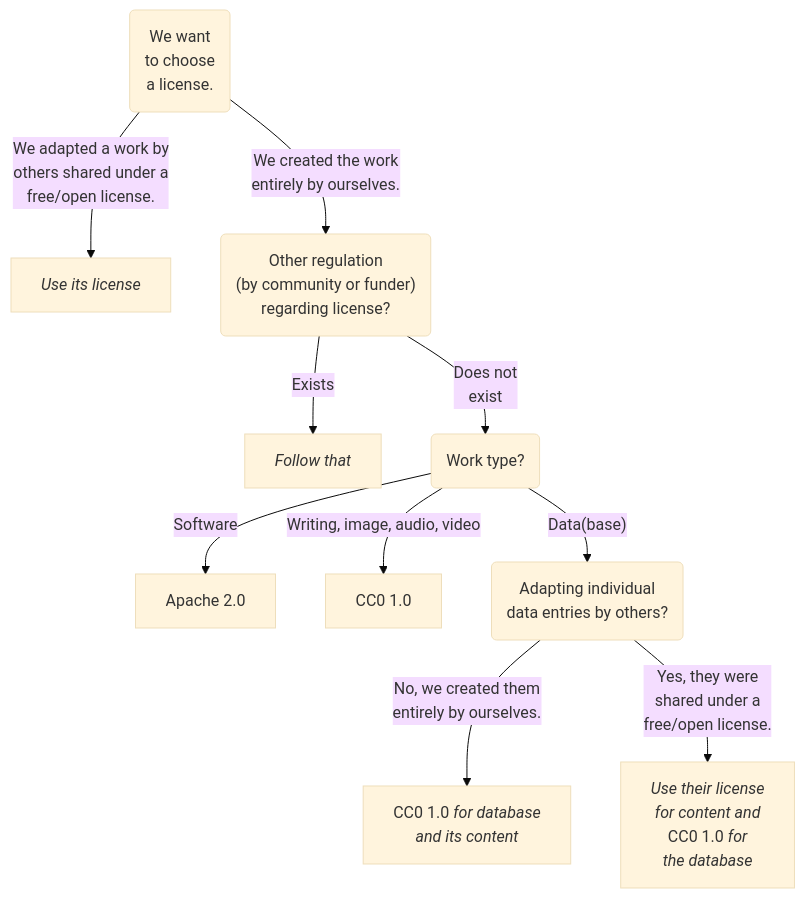
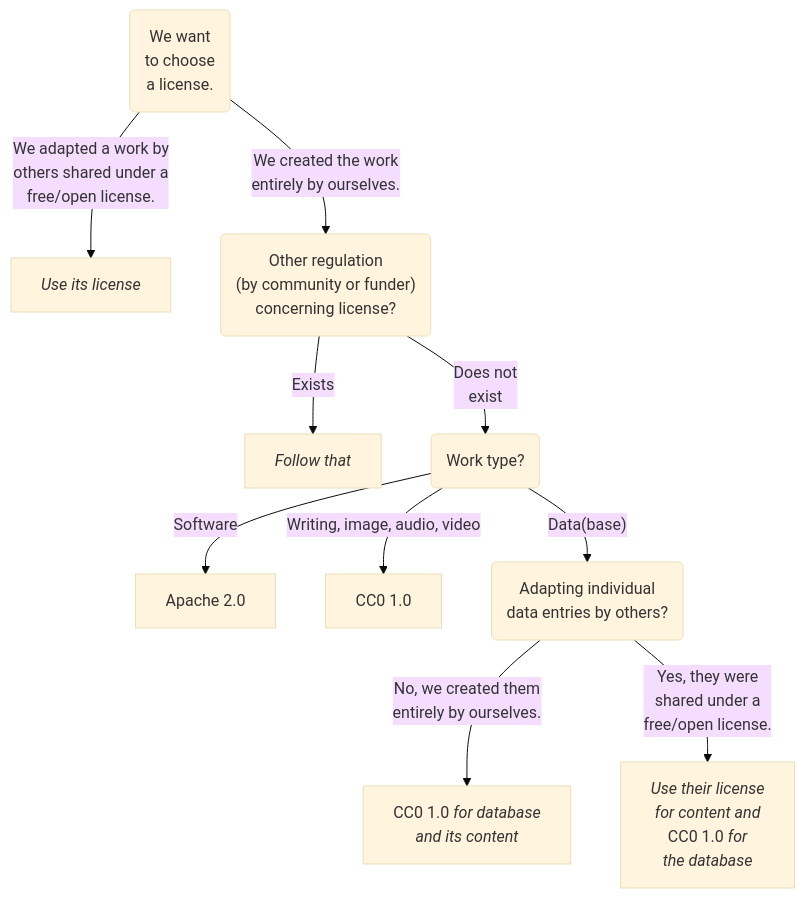
Before and after one commit to lmu-osc/code-publishing-short: the first of 3 diagrams in choose_license.qmd, drawn with Mermaid (base theme). The commit also changed other lines of this file and 3 other files, not shown here.

````diff
--- a/choose_license.qmd
+++ b/choose_license.qmd
@@ -95,19 +95,19 @@
 ```{mermaid}
 flowchart TB
   start("We want<br>to choose<br>a license.") --"We adapted a work by<br>others shared under a<br>free/open license."--> use_existing_license["<em>Use its license</em>"]
-  start --"We created the work<br>entirely by ourselves."--> regulation("Other regulation<br>(by community or funder)<br>regarding license?")
+  start --"We created the work<br>entirely by ourselves."--> regulation("Other regulation<br>(by community or funder)<br>concerning license?")
   
   regulation --"Exists"--> follow_existing_norms["<em>Follow that</em>"]
   regulation --"Does not<br>exist"--> type("Work type?")
   
   type --"Software"--> apache["Apache 2.0"]
   type --"Writing, image, audio, video"--> cc0["CC0 1.0"]
   type --"Data(base)"--> existing_license_data("Adapting individual<br>data entries by others?")
   
   existing_license_data --"No, we created them<br>entirely by ourselves."--> cc0_data["CC0 1.0 <em>for database<br>and its content</em>"]
   existing_license_data --"Yes, they were<br>shared under a<br>free/open license."--> use_existing_license_data["<em>Use their license<br>for content and</em><br>CC0 1.0 <em>for<br>the database</em>"]
   
   click apache href "https://choosealicense.com/licenses/apache-2.0/"
   click cc0 href "https://creativecommons.org/publicdomain/zero/1.0/"
   click cc0_data href "https://creativecommons.org/publicdomain/zero/1.0/"
 ```
````
